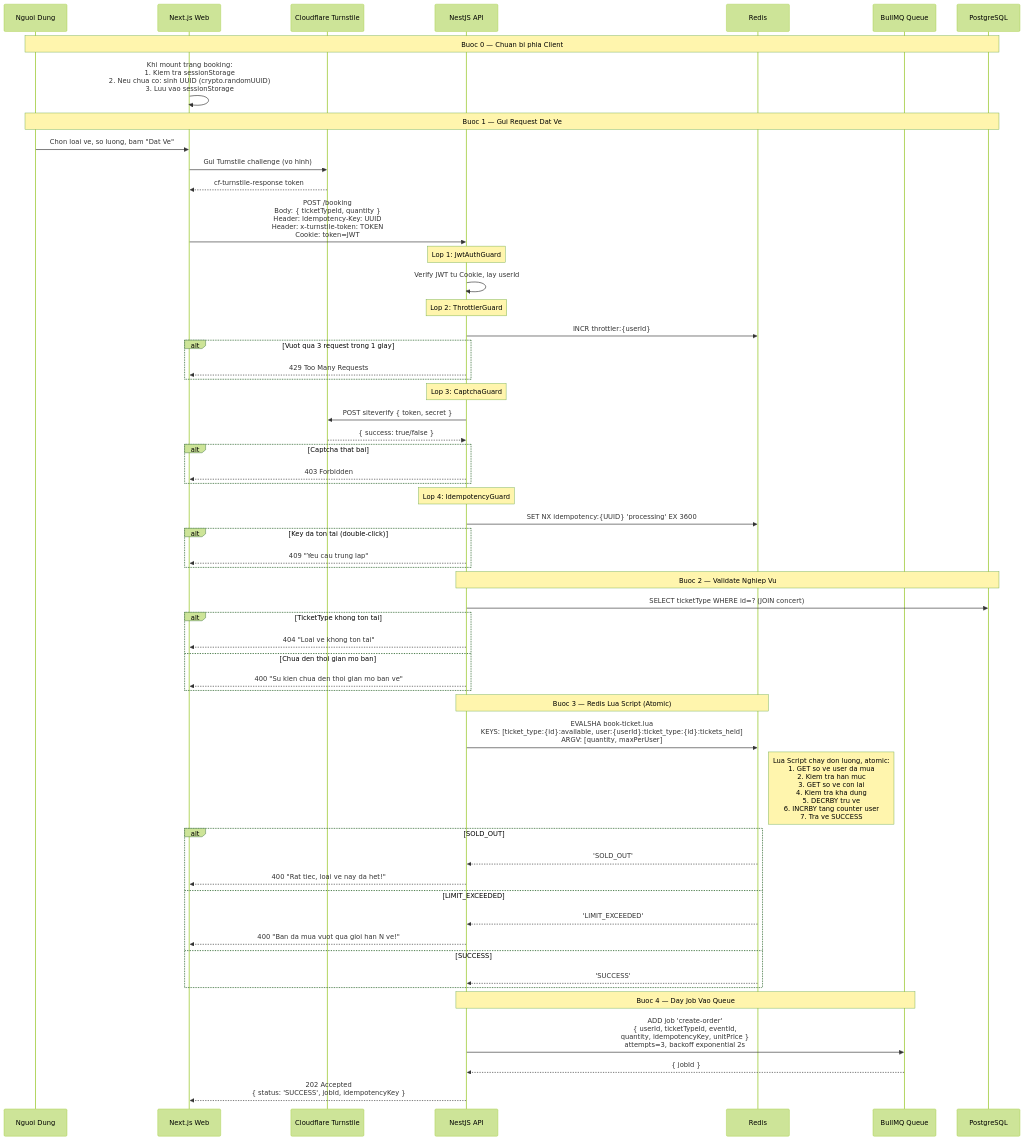
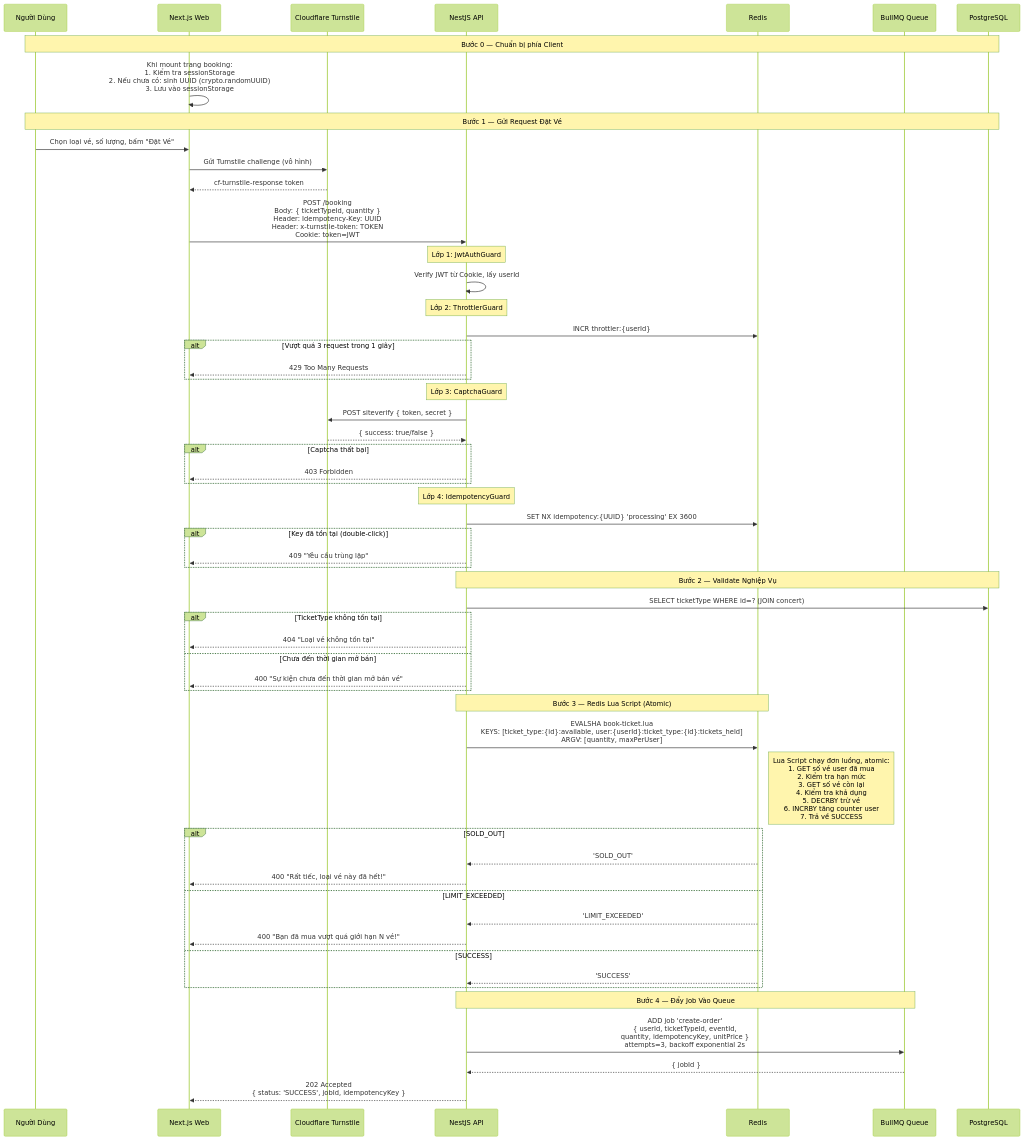
The second of 6 diagrams in blueprint/specs/booking.md (dorayakiiiiz/ticket-box), drawn with Mermaid (forest theme) before and after one commit. The commit also changed other lines of this file and 3 other files, not shown here.

````diff
--- a/blueprint/specs/booking.md
+++ b/blueprint/specs/booking.md
@@ -103,71 +75,71 @@
 ```mermaid
 sequenceDiagram
-    participant U as Nguoi Dung
+    participant U as Người Dùng
     participant FE as Next.js Web
     participant CF as Cloudflare Turnstile
     participant BE as NestJS API
     participant R as Redis
     participant Q as BullMQ Queue
     participant DB as PostgreSQL
 
-    Note over U,DB: Buoc 0 — Chuan bi phia Client
-    FE->>FE: Khi mount trang booking:<br/>1. Kiem tra sessionStorage<br/>2. Neu chua co: sinh UUID (crypto.randomUUID)<br/>3. Luu vao sessionStorage
+    Note over U,DB: Bước 0 — Chuẩn bị phía Client
+    FE->>FE: Khi mount trang booking:<br/>1. Kiểm tra sessionStorage<br/>2. Nếu chưa có: sinh UUID (crypto.randomUUID)<br/>3. Lưu vào sessionStorage
 
-    Note over U,DB: Buoc 1 — Gui Request Dat Ve
-    U->>FE: Chon loai ve, so luong, bam "Dat Ve"
-    FE->>CF: Gui Turnstile challenge (vo hinh)
+    Note over U,DB: Bước 1 — Gửi Request Đặt Vé
+    U->>FE: Chọn loại vé, số lượng, bấm "Đặt Vé"
+    FE->>CF: Gửi Turnstile challenge (vô hình)
     CF-->>FE: cf-turnstile-response token
 
     FE->>BE: POST /booking<br/>Body: { ticketTypeId, quantity }<br/>Header: Idempotency-Key: UUID<br/>Header: x-turnstile-token: TOKEN<br/>Cookie: token=JWT
 
-    Note over BE: Lop 1: JwtAuthGuard
-    BE->>BE: Verify JWT tu Cookie, lay userId
+    Note over BE: Lớp 1: JwtAuthGuard
+    BE->>BE: Verify JWT từ Cookie, lấy userId
 
-    Note over BE: Lop 2: ThrottlerGuard
+    Note over BE: Lớp 2: ThrottlerGuard
     BE->>R: INCR throttler:{userId}
-    alt Vuot qua 3 request trong 1 giay
+    alt Vượt quá 3 request trong 1 giây
         BE-->>FE: 429 Too Many Requests
     end
 
-    Note over BE: Lop 3: CaptchaGuard
+    Note over BE: Lớp 3: CaptchaGuard
     BE->>CF: POST siteverify { token, secret }
     CF-->>BE: { success: true/false }
-    alt Captcha that bai
+    alt Captcha thất bại
         BE-->>FE: 403 Forbidden
     end
 
-    Note over BE: Lop 4: IdempotencyGuard
+    Note over BE: Lớp 4: IdempotencyGuard
     BE->>R: SET NX idempotency:{UUID} 'processing' EX 3600
-    alt Key da ton tai (double-click)
-        BE-->>FE: 409 "Yeu cau trung lap"
+    alt Key đã tồn tại (double-click)
+        BE-->>FE: 409 "Yêu cầu trùng lặp"
     end
 
-    Note over BE,DB: Buoc 2 — Validate Nghiep Vu
+    Note over BE,DB: Bước 2 — Validate Nghiệp Vụ
     BE->>DB: SELECT ticketType WHERE id=? (JOIN concert)
-    alt TicketType khong ton tai
-        BE-->>FE: 404 "Loai ve khong ton tai"
-    else Chua den thoi gian mo ban
-        BE-->>FE: 400 "Su kien chua den thoi gian mo ban ve"
+    alt TicketType không tồn tại
+        BE-->>FE: 404 "Loại vé không tồn tại"
+    else Chưa đến thời gian mở bán
+        BE-->>FE: 400 "Sự kiện chưa đến thời gian mở bán vé"
     end
 
-    Note over BE,R: Buoc 3 — Redis Lua Script (Atomic)
+    Note over BE,R: Bước 3 — Redis Lua Script (Atomic)
     BE->>R: EVALSHA book-ticket.lua<br/>KEYS: [ticket_type:{id}:available, user:{userId}:ticket_type:{id}:tickets_held]<br/>ARGV: [quantity, maxPerUser]
 
-    Note right of R: Lua Script chay don luong, atomic:<br/>1. GET so ve user da mua<br/>2. Kiem tra han muc<br/>3. GET so ve con lai<br/>4. Kiem tra kha dung<br/>5. DECRBY tru ve<br/>6. INCRBY tang counter user<br/>7. Tra ve SUCCESS
+    Note right of R: Lua Script chạy đơn luồng, atomic:<br/>1. GET số vé user đã mua<br/>2. Kiểm tra hạn mức<br/>3. GET số vé còn lại<br/>4. Kiểm tra khả dụng<br/>5. DECRBY trừ vé<br/>6. INCRBY tăng counter user<br/>7. Trả về SUCCESS
 
     alt SOLD_OUT
         R-->>BE: 'SOLD_OUT'
-        BE-->>FE: 400 "Rat tiec, loai ve nay da het!"
+        BE-->>FE: 400 "Rất tiếc, loại vé này đã hết!"
     else LIMIT_EXCEEDED
         R-->>BE: 'LIMIT_EXCEEDED'
-        BE-->>FE: 400 "Ban da mua vuot qua gioi han N ve!"
+        BE-->>FE: 400 "Bạn đã mua vượt quá giới hạn N vé!"
     else SUCCESS
         R-->>BE: 'SUCCESS'
     end
 
-    Note over BE,Q: Buoc 4 — Day Job Vao Queue
+    Note over BE,Q: Bước 4 — Đẩy Job Vào Queue
     BE->>Q: ADD job 'create-order'<br/>{ userId, ticketTypeId, eventId,<br/>quantity, idempotencyKey, unitPrice }<br/>attempts=3, backoff exponential 2s
     Q-->>BE: { jobId }
 
     BE-->>FE: 202 Accepted<br/>{ status: 'SUCCESS', jobId, idempotencyKey }
 ```
````
